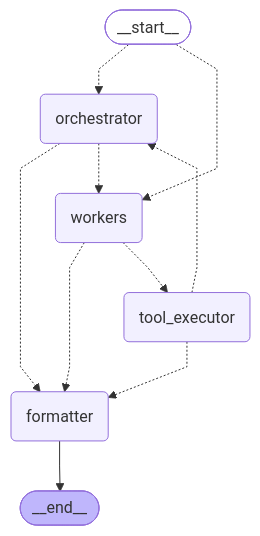
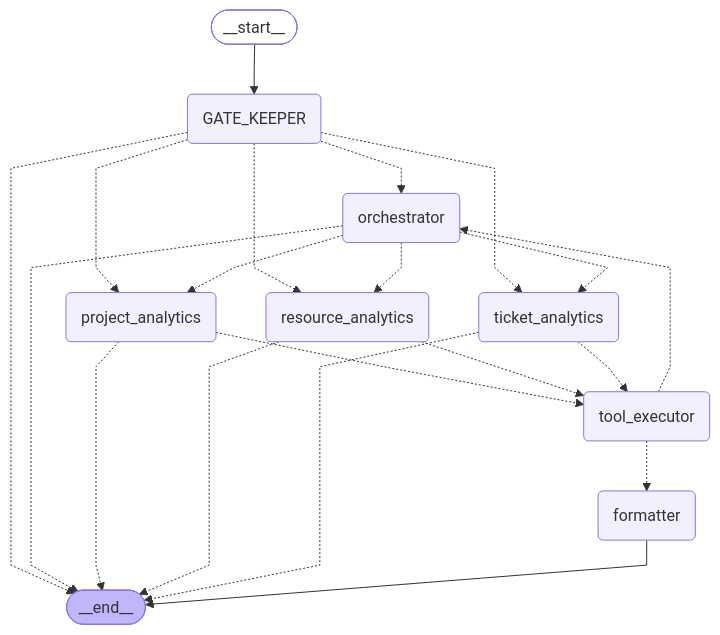
Before and after one commit to udaraui/synlio-ai: the diagram in scripts/visualize/graph_raw_mermaid.md, drawn with Mermaid. The commit also changed 9 other files, not shown here.

Commit message:
added gate keeper node

````diff
--- a/scripts/visualize/graph_raw_mermaid.md
+++ b/scripts/visualize/graph_raw_mermaid.md
@@ -1,27 +1,40 @@
 ```mermaid
 ---
 config:
   flowchart:
     curve: linear
 ---
 graph TD;
 	__start__([<p>__start__</p>]):::first
+	GATE_KEEPER(GATE_KEEPER)
 	orchestrator(orchestrator)
-	workers(workers)
+	project_analytics(project_analytics)
+	ticket_analytics(ticket_analytics)
+	resource_analytics(resource_analytics)
 	tool_executor(tool_executor)
 	formatter(formatter)
 	__end__([<p>__end__</p>]):::last
-	__start__ -.-> orchestrator;
-	__start__ -.-> workers;
-	orchestrator -.-> formatter;
-	orchestrator -.-> workers;
+	GATE_KEEPER -.-> __end__;
+	GATE_KEEPER -.-> orchestrator;
+	GATE_KEEPER -.-> project_analytics;
+	GATE_KEEPER -.-> resource_analytics;
+	GATE_KEEPER -.-> ticket_analytics;
+	__start__ --> GATE_KEEPER;
+	orchestrator -.-> __end__;
+	orchestrator -.-> project_analytics;
+	orchestrator -.-> resource_analytics;
+	orchestrator -.-> ticket_analytics;
+	project_analytics -.-> __end__;
+	project_analytics -.-> tool_executor;
+	resource_analytics -.-> __end__;
+	resource_analytics -.-> tool_executor;
+	ticket_analytics -.-> __end__;
+	ticket_analytics -.-> tool_executor;
 	tool_executor -.-> formatter;
 	tool_executor -.-> orchestrator;
-	workers -.-> formatter;
-	workers -.-> tool_executor;
 	formatter --> __end__;
 	classDef default fill:#f2f0ff,line-height:1.2
 	classDef first fill-opacity:0
 	classDef last fill:#bfb6fc
 
 ```
````
